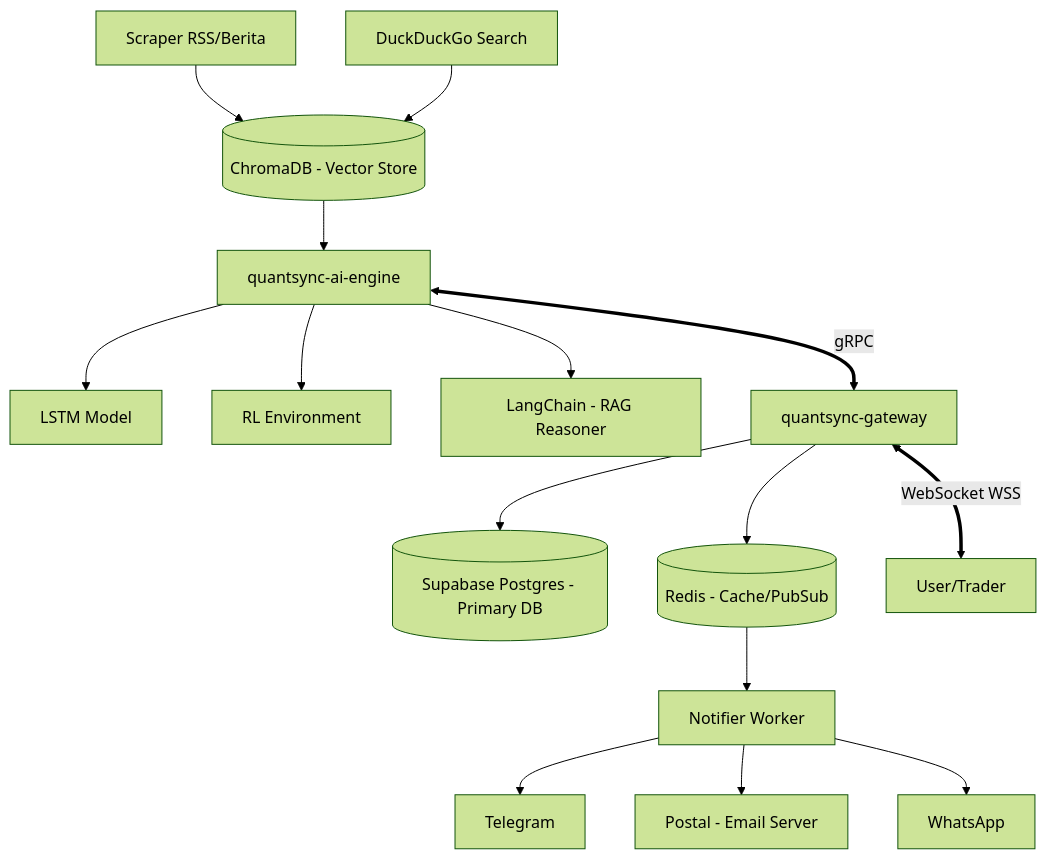
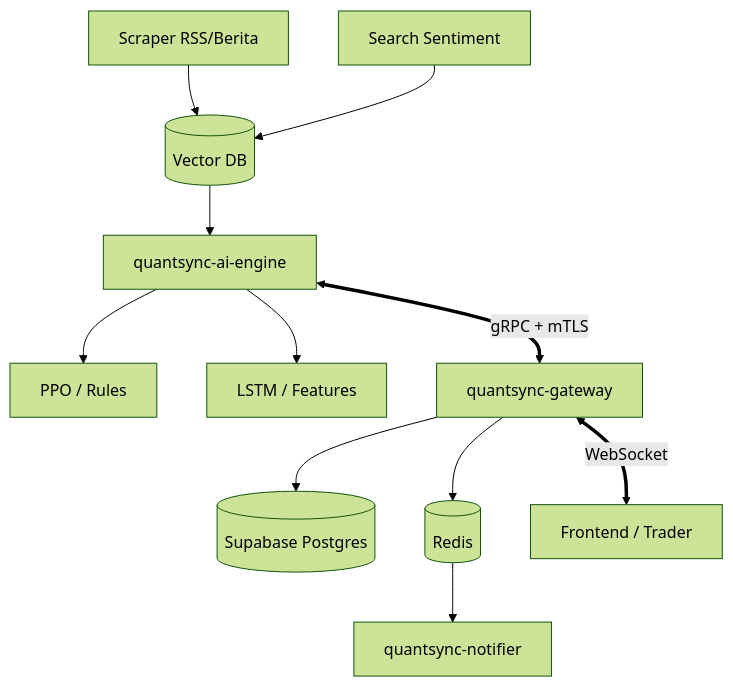
Before and after one commit to adhitiad/quantsync: the diagram in README.md, drawn with Mermaid (forest theme). The commit also changed other lines of this file and 19 other files, not shown here.

First line of the commit message:
Refactor QuantSync Testing Guide and Update WebSocket and gRPC Configuration

````diff
--- a/README.md
+++ b/README.md
@@ -7,21 +13,16 @@
 ```mermaid
 graph TD
-    RSS[Scraper RSS/Berita] --> ChromaDB[(ChromaDB - Vector Store)]
-    DDG[DuckDuckGo Search] --> ChromaDB
-    ChromaDB --> AI[quantsync-ai-engine]
-    AI --> LSTM[LSTM Model]
-    AI --> RL[RL Environment]
-    AI --> LangChain[LangChain - RAG Reasoner]
-    
-    AI <== gRPC ==> Gateway[quantsync-gateway]
-    
-    Gateway --> Supabase[(Supabase Postgres - Primary DB)]
-    Gateway --> Redis[(Redis - Cache/PubSub)]
-    
-    Gateway <== WebSocket WSS ==> Client[User/Trader]
-    
-    Redis --> Notifier[Notifier Worker]
-    Notifier --> TG[Telegram]
-    Notifier --> Email[Postal - Email Server]
-    Notifier --> WA[WhatsApp]
+    RSS[Scraper RSS/Berita] --> VectorDB[(Vector DB)]
+    DDG[Search Sentiment] --> VectorDB
+    VectorDB --> AI[quantsync-ai-engine]
+    AI --> PPO[PPO / Rules]
+    AI --> LSTM[LSTM / Features]
+
+    AI <== gRPC + mTLS ==> Gateway[quantsync-gateway]
+
+    Gateway --> Supabase[(Supabase Postgres)]
+    Gateway --> Redis[(Redis)]
+    Gateway <== WebSocket ==> Client[Frontend / Trader]
+
+    Redis --> Notifier[quantsync-notifier]
 ```
````
